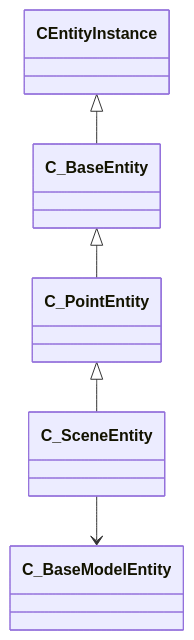
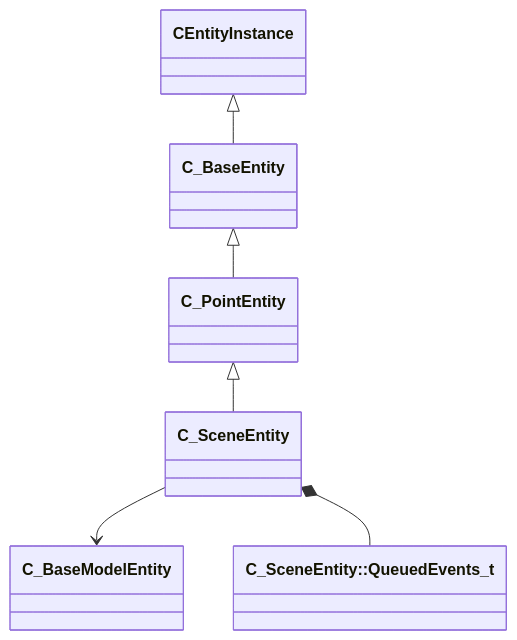
The diagram in docs/generated/schemas/client/C_SceneEntity.md (CS2OpenDev/CS2OpenDev-Docs), drawn with Mermaid before and after one commit. The commit also changed other lines of this file and 4525 other files, not shown here.

````diff
--- a/docs/generated/schemas/client/C_SceneEntity.md
+++ b/docs/generated/schemas/client/C_SceneEntity.md
@@ -17,7 +19,8 @@
 ```mermaid
 classDiagram
     C_PointEntity <|-- C_SceneEntity
     C_BaseEntity <|-- C_PointEntity
     CEntityInstance <|-- C_BaseEntity
     C_SceneEntity --> C_BaseModelEntity
+    C_SceneEntity *-- `C_SceneEntity::QueuedEvents_t`
 ```
````
